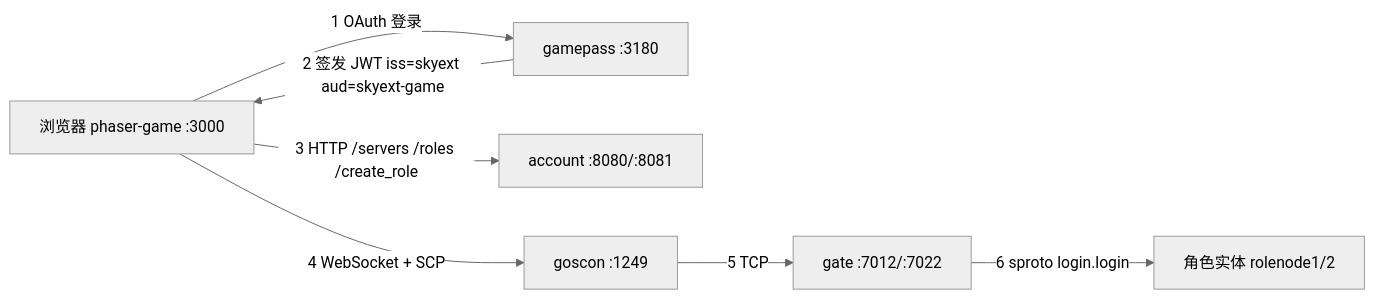
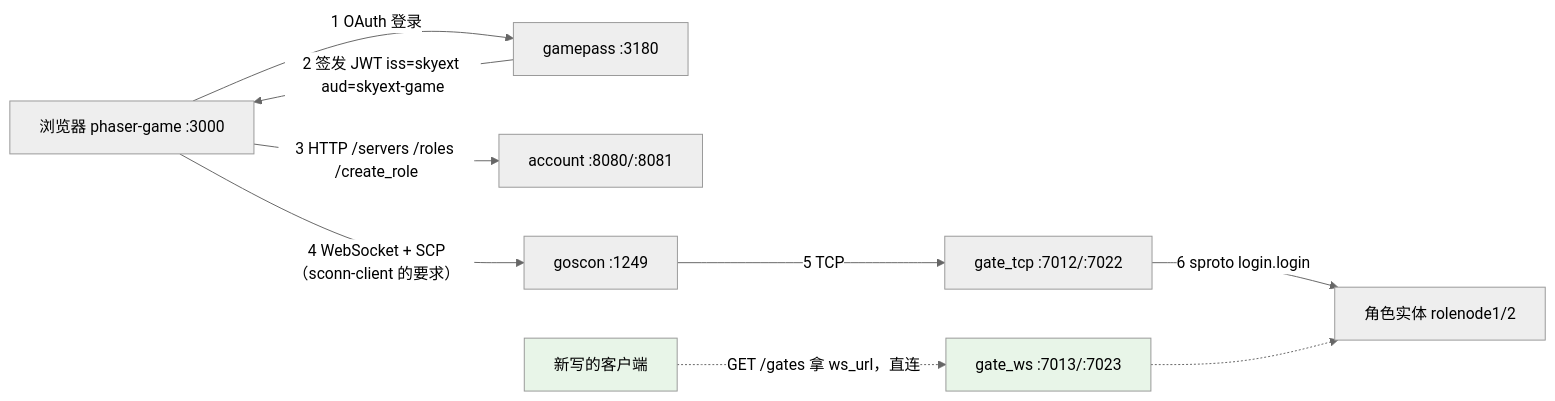
Before and after one commit to hanxi/skyext: the diagram in docs/guide/fullstack_client.md, drawn with Mermaid (neutral theme). The commit also changed other lines of this file and 10 other files, not shown here.

````diff
--- a/docs/guide/fullstack_client.md
+++ b/docs/guide/fullstack_client.md
@@ -11,9 +13,15 @@
 ```mermaid
 graph LR
     B[浏览器 phaser-game :3000] -->|1 OAuth 登录| GP[gamepass :3180]
     GP -->|2 签发 JWT iss=skyext aud=skyext-game| B
     B -->|3 HTTP /servers /roles /create_role| A[account :8080/:8081]
-    B -->|4 WebSocket + SCP| G[goscon :1249]
-    G -->|5 TCP| Gate[gate :7012/:7022]
+    B -->|"4 WebSocket + SCP（sconn-client 的要求）"| G[goscon :1249]
+    G -->|5 TCP| Gate[gate_tcp :7012/:7022]
     Gate -->|6 sproto login.login| Role[角色实体 rolenode1/2]
+
+    B2[新写的客户端] -.->|"GET /gates 拿 ws_url，直连"| GW[gate_ws :7013/:7023]
+    GW -.-> Role
+
+    style B2 fill:#e8f5e8
+    style GW fill:#e8f5e8
 ```
````
